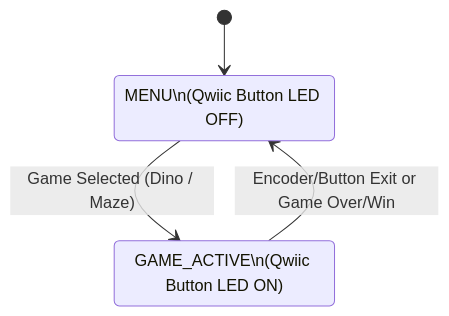
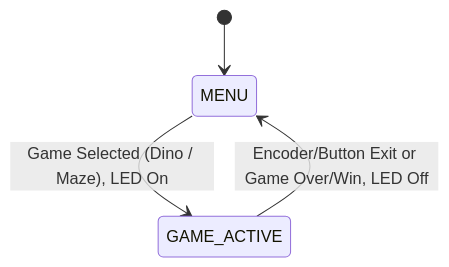
Before and after one commit to ji227/Jesse-Iriah-s-Lab-Hub: the diagram in Lab 4/README.md, drawn with Mermaid.

````diff
--- a/Lab 4/README.md
+++ b/Lab 4/README.md
@@ -180,11 +180,11 @@
 ```mermaid
 stateDiagram-v2
 
 	[*] --> MENU
 
-    state "MENU\n(Qwiic Button LED OFF)" as MENU
-    state "GAME_ACTIVE\n(Qwiic Button LED ON)" as GAME_ACTIVE
+    state "MENU" as MENU
+    state "GAME_ACTIVE" as GAME_ACTIVE
 
-    MENU --> GAME_ACTIVE: Game Selected (Dino / Maze)
-    GAME_ACTIVE --> MENU: Encoder/Button Exit or Game Over/Win
+    MENU --> GAME_ACTIVE: Game Selected (Dino / Maze), LED On
+    GAME_ACTIVE --> MENU: Encoder/Button Exit or Game Over/Win, LED Off
 ```
````
